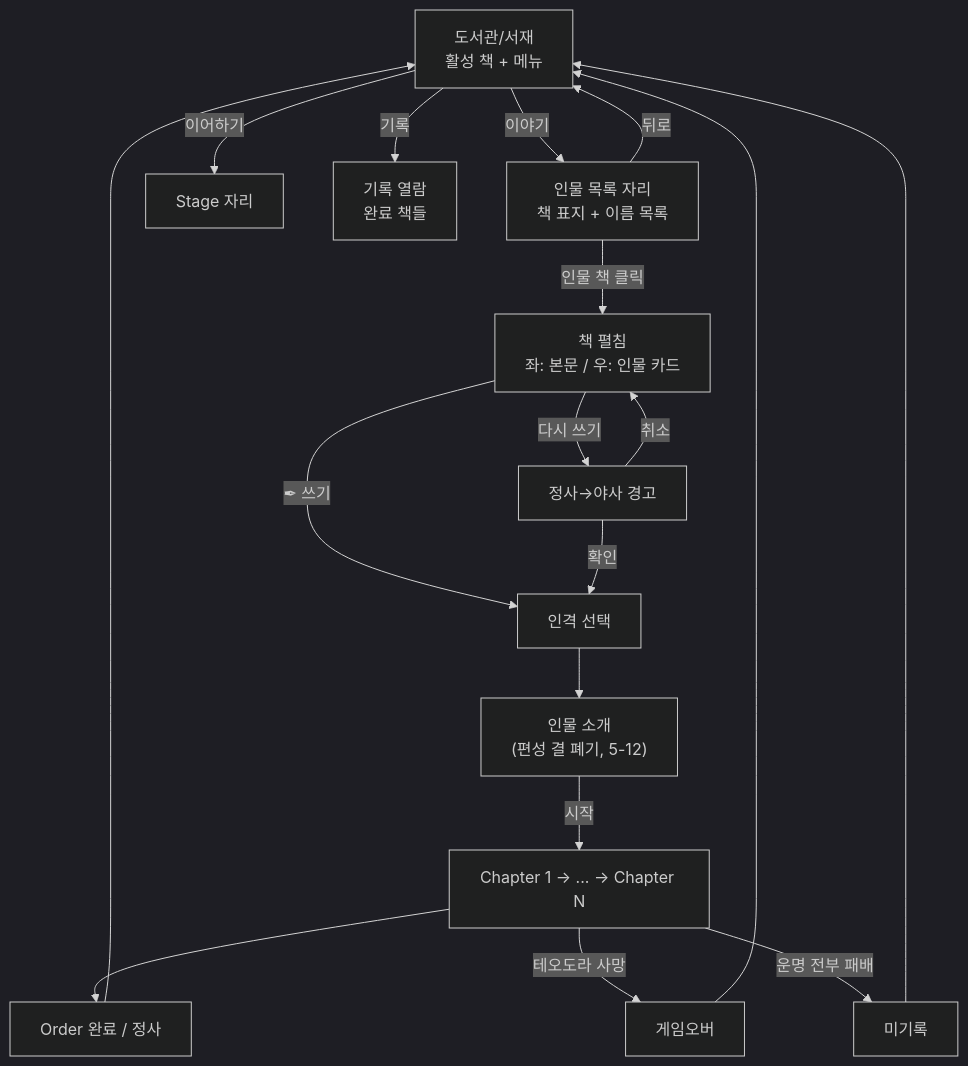
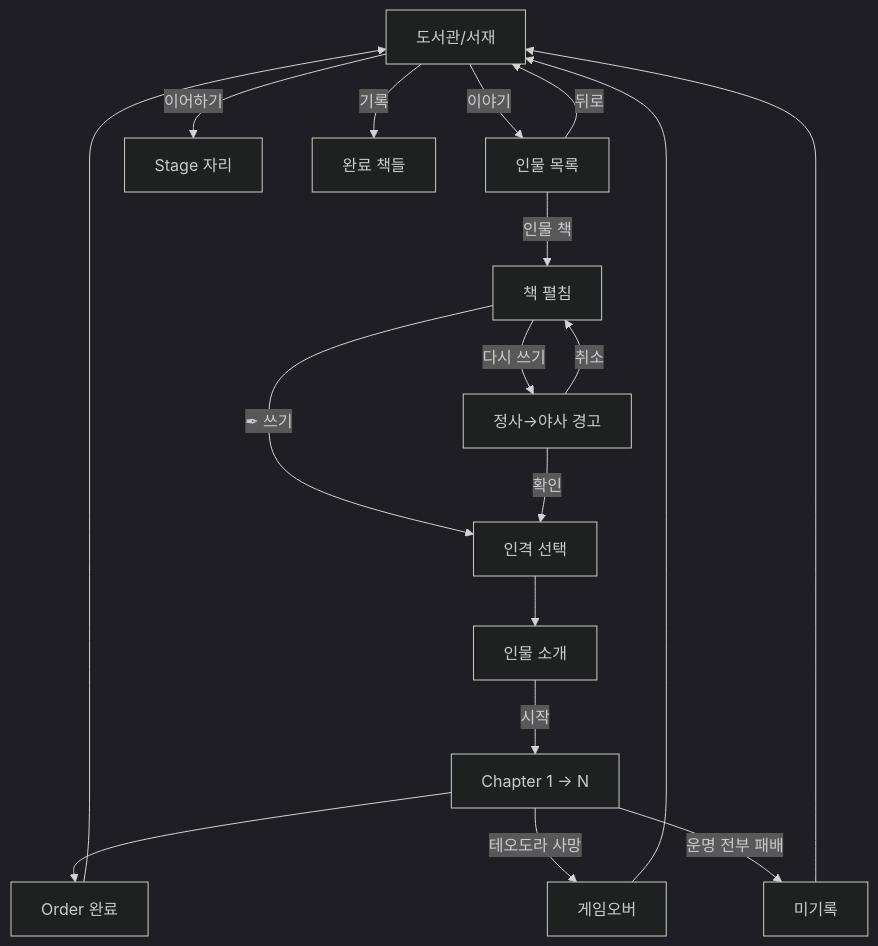
The diagram in 04_메타/책구조.md (roam1215-beep/Chronicle-wiki), drawn with Mermaid (dark theme) before and after one commit. The commit also changed other lines of this file and 54 other files, not shown here.

````diff
--- a/04_메타/책구조.md
+++ b/04_메타/책구조.md
@@ -164,22 +62,22 @@
 ```mermaid
 flowchart TD
-    LIB["도서관/서재<br>활성 책 + 메뉴"] -->|이야기| LIST["인물 목록 자리<br>책 표지 + 이름 목록"]
+    LIB["도서관/서재"] -->|이야기| LIST["인물 목록"]
     LIB -->|이어하기| STAGE["Stage 자리"]
-    LIB -->|기록| RECORD["기록 열람<br>완료 책들"]
-
-    LIST -->|인물 책 클릭| CHARPAGE["책 펼침<br>좌: 본문 / 우: 인물 카드"]
+    LIB -->|기록| RECORD["완료 책들"]
+    
+    LIST -->|인물 책| CHAR["책 펼침"]
     LIST -->|뒤로| LIB
-
-    CHARPAGE -->|✒ 쓰기| PERSONA["인격 선택"]
-    CHARPAGE -->|다시 쓰기| WARN["정사→야사 경고"]
+    
+    CHAR -->|✒ 쓰기| PERSONA["인격 선택"]
+    CHAR -->|다시 쓰기| WARN["정사→야사 경고"]
     WARN -->|확인| PERSONA
-    WARN -->|취소| CHARPAGE
-
-    PERSONA --> INTRO["인물 소개<br>(편성 결 폐기, 5-12)"]
-    INTRO -->|시작| CHAPTERS["Chapter 1 → ... → Chapter N"]
-    CHAPTERS --> SAVE["Order 완료 / 정사"]
+    WARN -->|취소| CHAR
+    
+    PERSONA --> INTRO["인물 소개"]
+    INTRO -->|시작| CH["Chapter 1 → N"]
+    CH --> SAVE["Order 완료"]
     SAVE --> LIB
-
-    CHAPTERS -->|테오도라 사망| GAMEOVER["게임오버"] --> LIB
-    CHAPTERS -->|운명 전부 패배| FAIL["미기록"] --> LIB
+    
+    CH -->|테오도라 사망| GG["게임오버"] --> LIB
+    CH -->|운명 전부 패배| FAIL["미기록"] --> LIB
 ```
````
